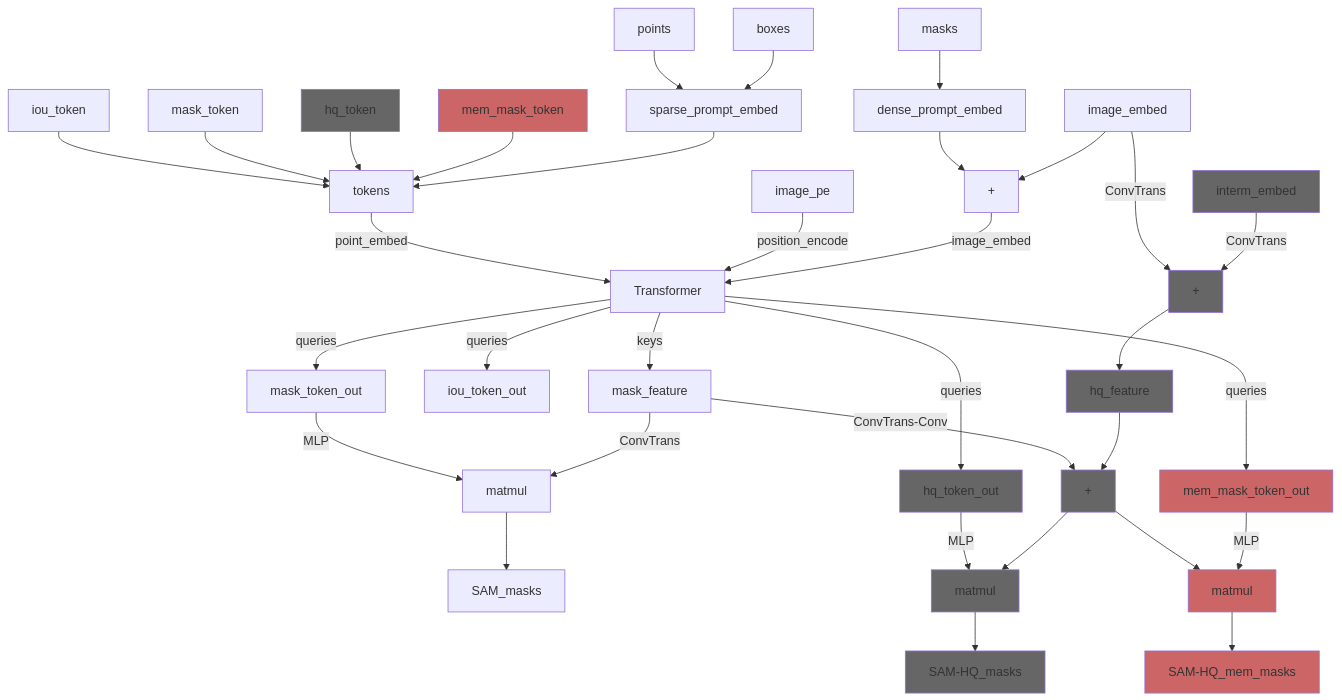
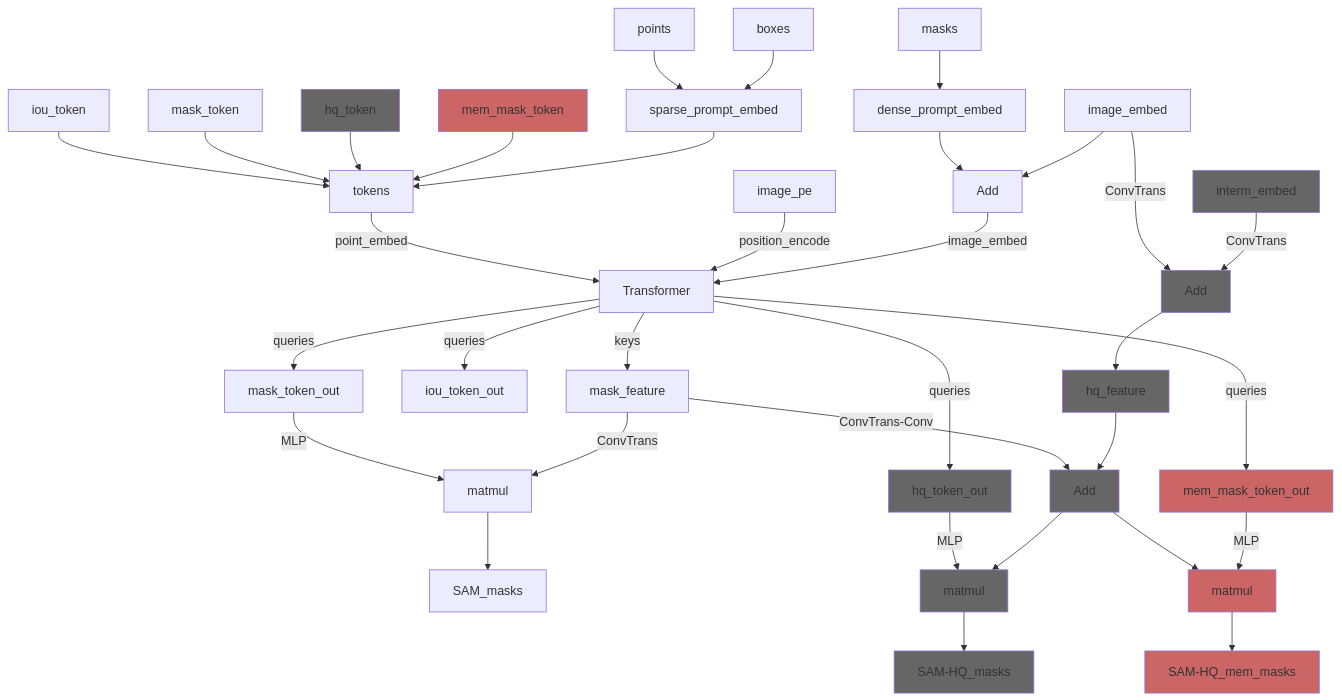
One commit to JackieZhai/SAvEM3 changed the diagram in README.md. Above: the diagram before and after it, drawn with Mermaid.

Commit message:
Update mermaid

````diff
--- a/README.md
+++ b/README.md
@@ -33,37 +33,37 @@
 ```mermaid
 flowchart TD
 classDef SAM-HQ fill:#666
 classDef SAM-HQ-Membrane fill:#c66
 points-->sparse_prompt_embed
 boxes-->sparse_prompt_embed
 masks-->dense_prompt_embed
-image_embed--ConvTrans-->Add1[+]:::SAM-HQ
+image_embed--ConvTrans-->Add1[Add]:::SAM-HQ
 interm_embed:::SAM-HQ--ConvTrans-->Add1
 Add1-->hq_feature:::SAM-HQ
-dense_prompt_embed-->Add2[+]
+dense_prompt_embed-->Add2[Add]
 image_embed-->Add2
 iou_token-->tokens
 mask_token-->tokens
 hq_token:::SAM-HQ-->tokens
 mem_mask_token:::SAM-HQ-Membrane-->tokens
 sparse_prompt_embed-->tokens
 tokens--point_embed-->Transformer
 image_pe--position_encode-->Transformer
 Add2--image_embed-->Transformer
 Transformer--queries-->iou_token_out
 Transformer--queries-->mask_token_out
 Transformer--queries-->hq_token_out:::SAM-HQ
 Transformer--keys-->mask_feature
 mask_token_out--MLP-->Matmul1[matmul]
 mask_feature--ConvTrans-->Matmul1
 Matmul1-->SAM_masks
-mask_feature--ConvTrans-Conv-->Add3[+]:::SAM-HQ
+mask_feature--ConvTrans-Conv-->Add3[Add]:::SAM-HQ
 hq_feature-->Add3
 hq_token_out--MLP-->Matmul2
 Add3-->Matmul2[matmul]:::SAM-HQ
 Matmul2-->SAM-HQ_masks:::SAM-HQ
 Transformer--queries-->mem_mask_token_out:::SAM-HQ-Membrane
 Add3-->Matmul3
 mem_mask_token_out--MLP-->Matmul3[matmul]:::SAM-HQ-Membrane
 Matmul3-->SAM-HQ_mem_masks:::SAM-HQ-Membrane
 ```
````
